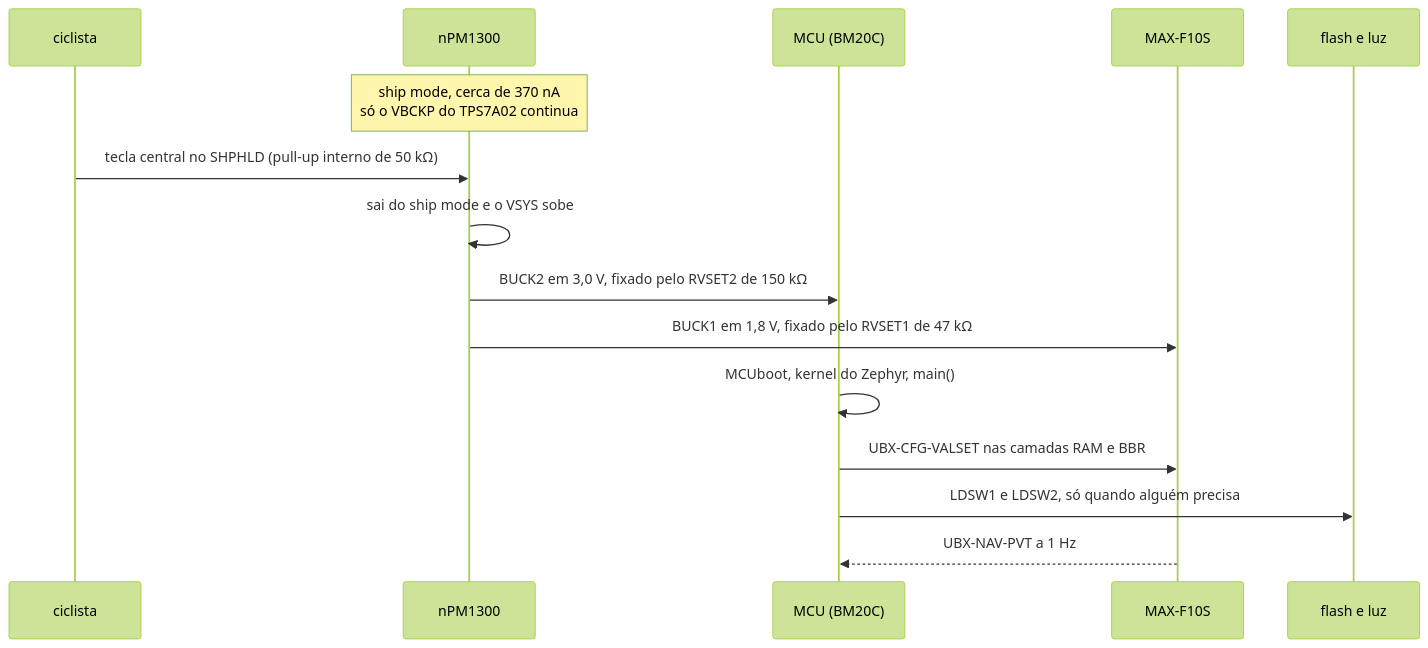
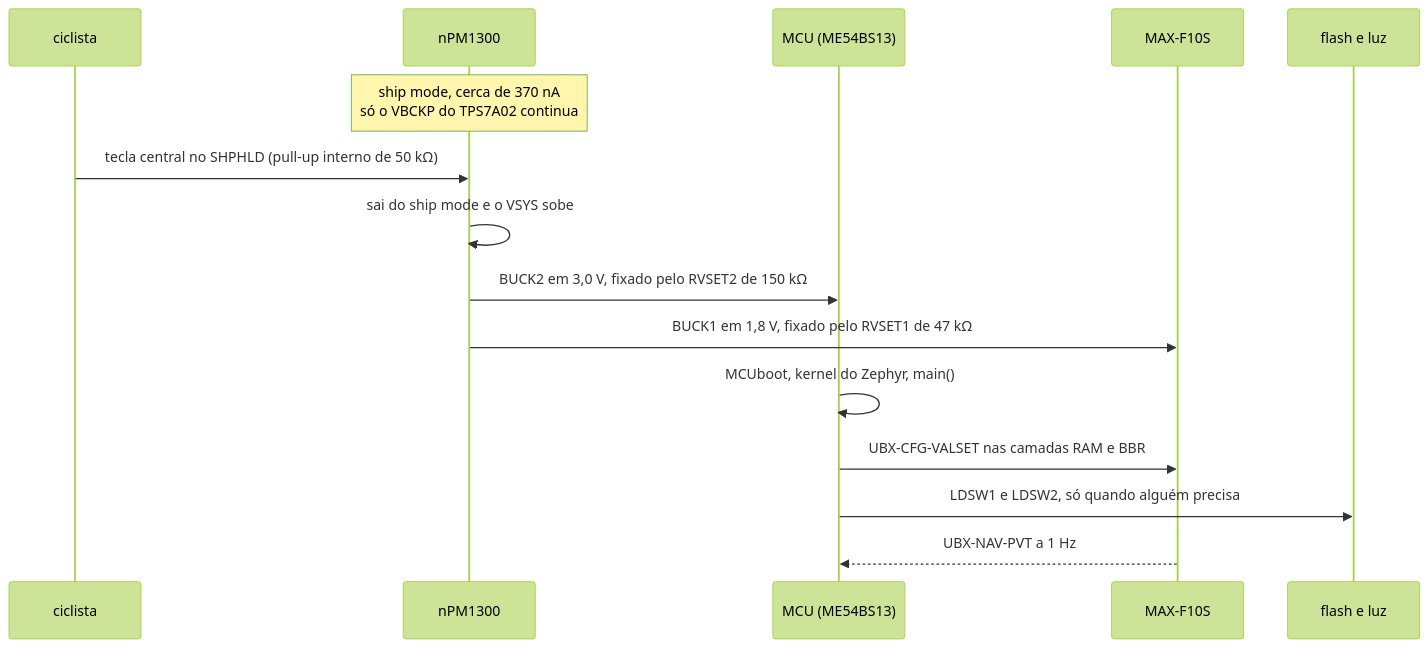
One commit to Guiimartinho/gnss-bike-computer changed the first of 3 diagrams in hardware_gnssbike/07-sequencias-e-protecao.md. Above: the diagram before and after it, drawn with Mermaid (forest theme). The commit also changed other lines of this file and 11 other files, not shown here.

````diff
--- a/hardware_gnssbike/07-sequencias-e-protecao.md
+++ b/hardware_gnssbike/07-sequencias-e-protecao.md
@@ -21,17 +21,17 @@
 ```mermaid
 sequenceDiagram
     participant C as ciclista
     participant P as nPM1300
-    participant M as MCU (BM20C)
+    participant M as MCU (ME54BS13)
     participant G as MAX-F10S
     participant F as flash e luz
     Note over P: ship mode, cerca de 370 nA<br/>só o VBCKP do TPS7A02 continua
     C->>P: tecla central no SHPHLD (pull-up interno de 50 kΩ)
     P->>P: sai do ship mode e o VSYS sobe
     P->>M: BUCK2 em 3,0 V, fixado pelo RVSET2 de 150 kΩ
     P->>G: BUCK1 em 1,8 V, fixado pelo RVSET1 de 47 kΩ
     M->>M: MCUboot, kernel do Zephyr, main()
     M->>G: UBX-CFG-VALSET nas camadas RAM e BBR
     M->>F: LDSW1 e LDSW2, só quando alguém precisa
     G-->>M: UBX-NAV-PVT a 1 Hz
 ```
````
